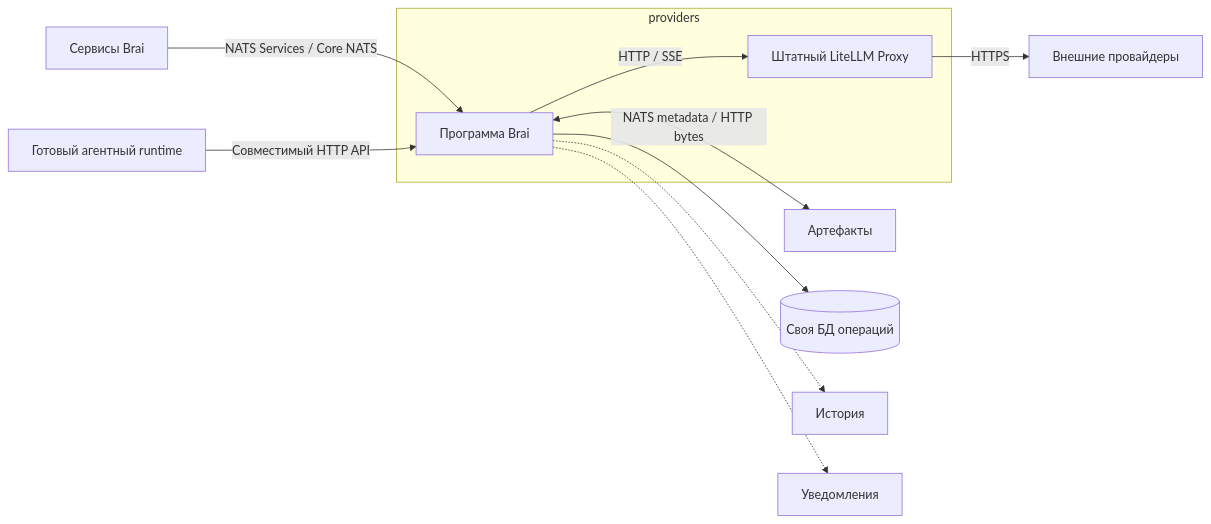
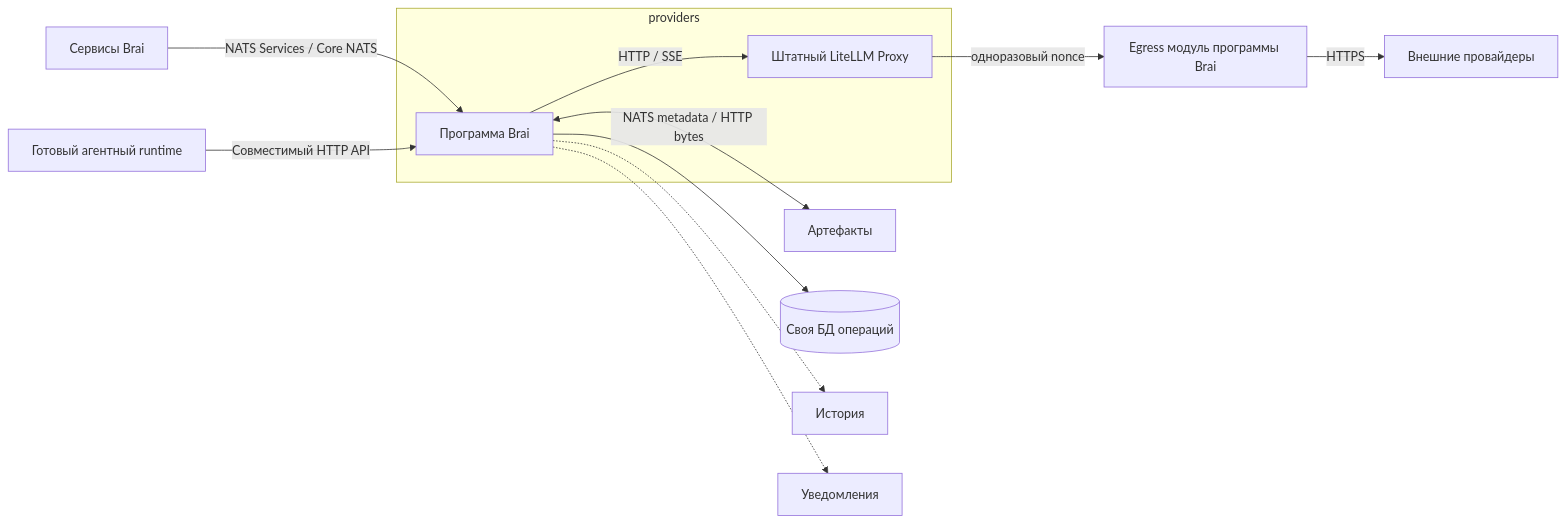
The diagram in services/providers/SPEC.md (Q-Fox-Labs/Brai), drawn with Mermaid before and after one commit. The commit also changed other lines of this file and 15 other files, not shown here.

````diff
--- a/services/providers/SPEC.md
+++ b/services/providers/SPEC.md
@@ -37,15 +37,16 @@
 ```mermaid
 flowchart LR
     C[Сервисы Brai] -->|NATS Services / Core NATS| P
     R[Готовый агентный runtime] -->|Совместимый HTTP API| P
     subgraph Providers[providers]
         P[Программа Brai]
         L[Штатный LiteLLM Proxy]
         P -->|HTTP / SSE| L
     end
-    L -->|HTTPS| E[Внешние провайдеры]
+    L -->|одноразовый nonce| G[Egress модуль программы Brai]
+    G -->|HTTPS| E[Внешние провайдеры]
     P <-->|NATS metadata / HTTP bytes| A[Артефакты]
     P --> D[(Своя БД операций)]
     P -.-> H[История]
     P -.-> N[Уведомления]
 ```
````
